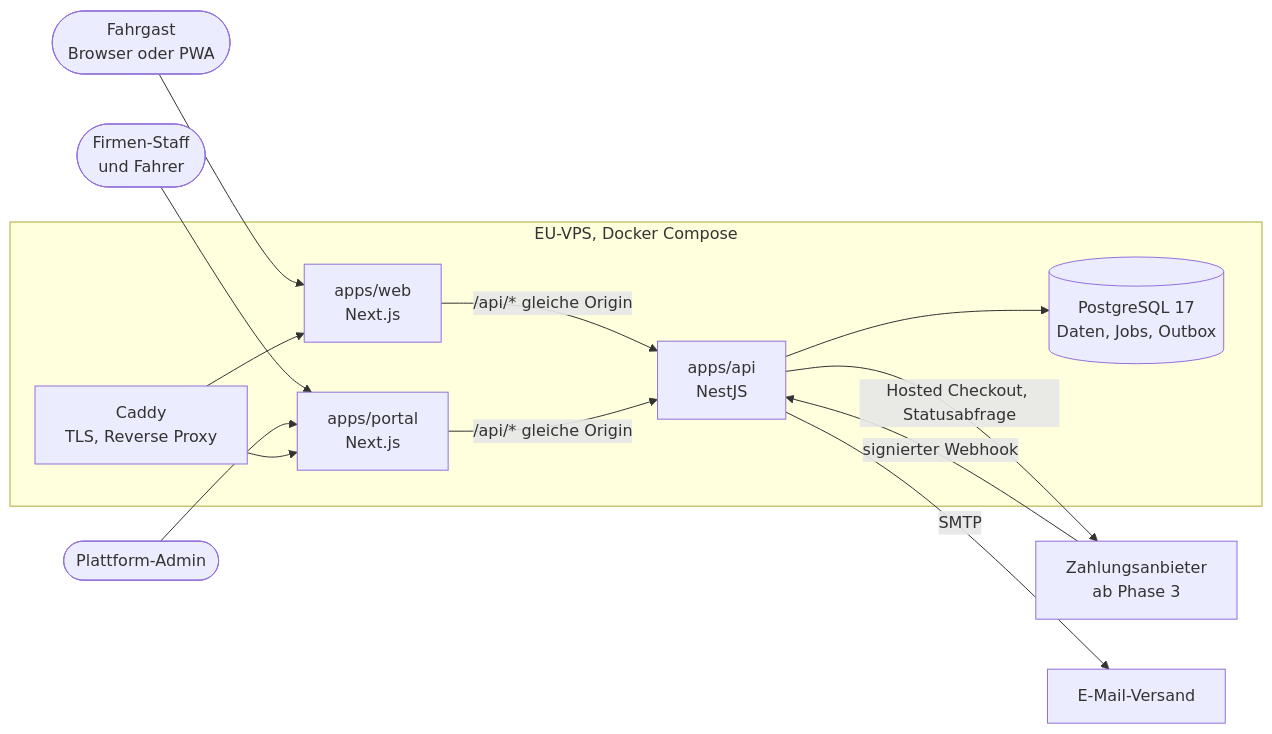
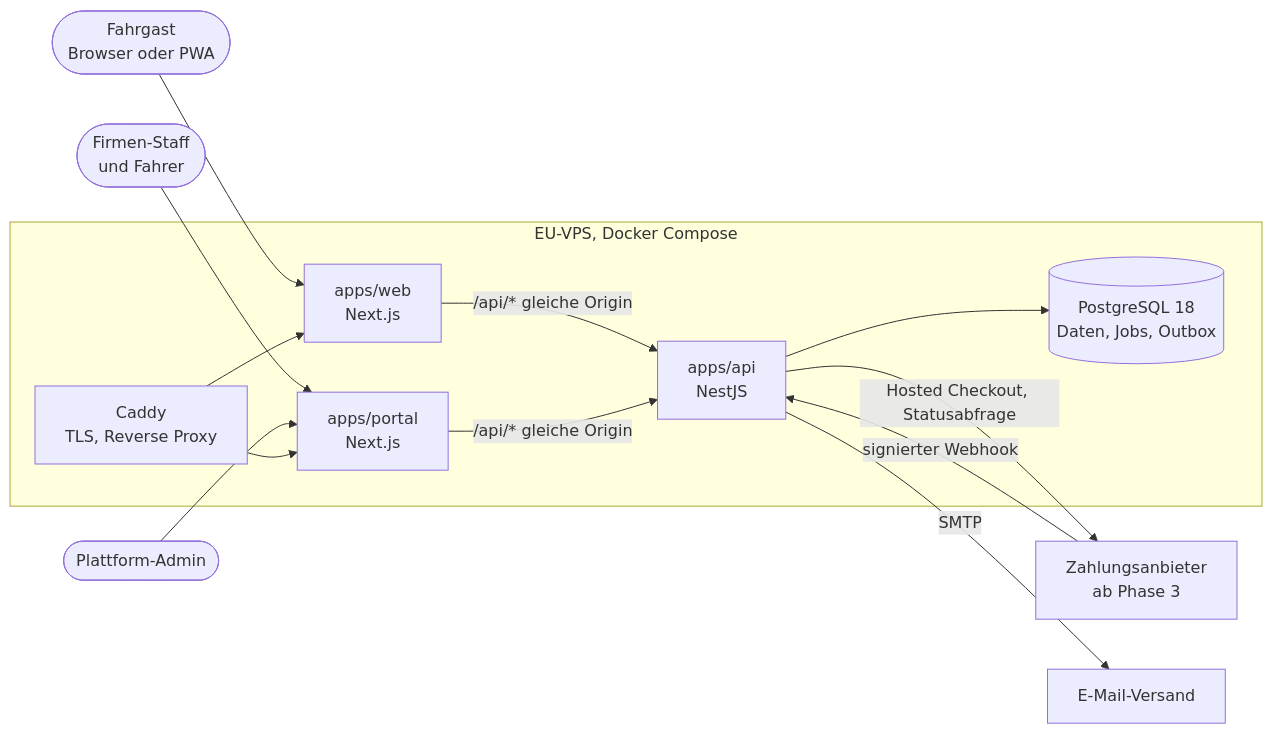
One commit to Wegito/Masar changed the diagram in docs/architektur.md. Above: the diagram before and after it, drawn with Mermaid. The commit also changed other lines of this file and 90 other files, not shown here.

````diff
--- a/docs/architektur.md
+++ b/docs/architektur.md
@@ -8,16 +9,16 @@
 ```mermaid
 flowchart LR
   fahrgast([Fahrgast<br/>Browser oder PWA]) --> web
   staff([Firmen-Staff<br/>und Fahrer]) --> portal
   admin([Plattform-Admin]) --> portal
   subgraph server [EU-VPS, Docker Compose]
     caddy[Caddy<br/>TLS, Reverse Proxy] --> web[apps/web<br/>Next.js]
     caddy --> portal[apps/portal<br/>Next.js]
     web -- "/api/* gleiche Origin" --> api[apps/api<br/>NestJS]
     portal -- "/api/* gleiche Origin" --> api
-    api --> db[(PostgreSQL 17<br/>Daten, Jobs, Outbox)]
+    api --> db[(PostgreSQL 18<br/>Daten, Jobs, Outbox)]
   end
   ecash[Zahlungsanbieter<br/>ab Phase 3] -- "signierter Webhook" --> api
   api -- "Hosted Checkout, Statusabfrage" --> ecash
   api -- SMTP --> mail[E-Mail-Versand]
 ```
````
